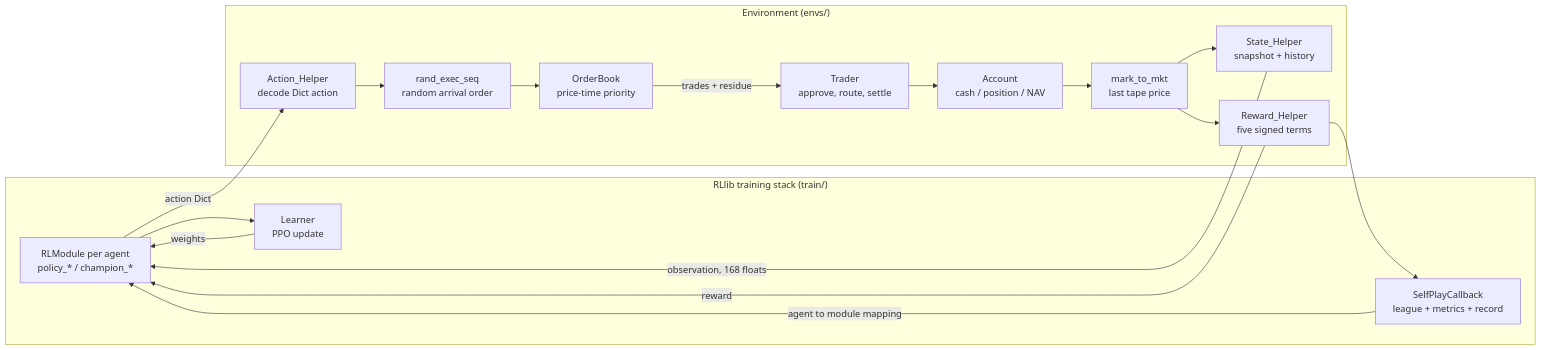
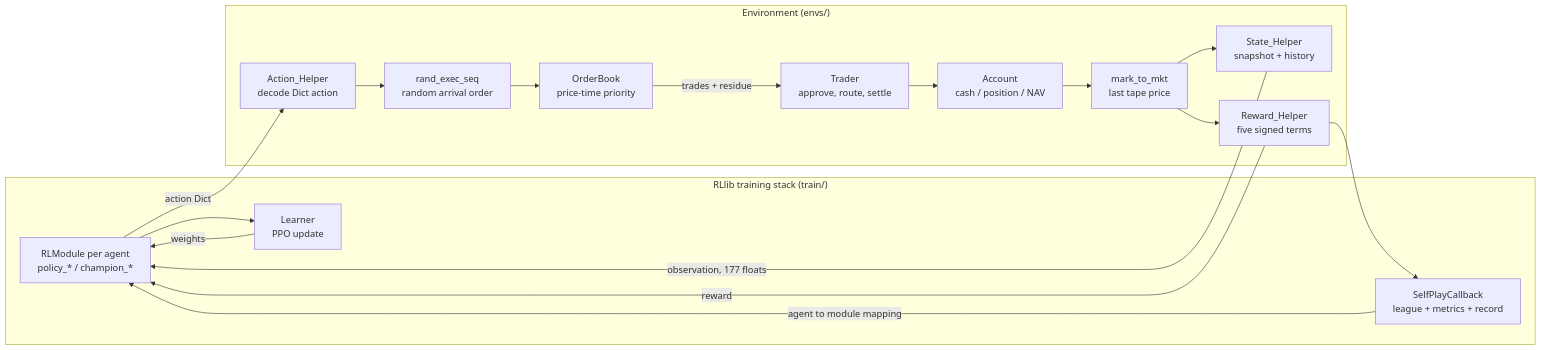
The first of 2 diagrams in README.md (ChuaCheowHuan/gym-continuousDoubleAuction), drawn with Mermaid before and after one commit. The commit also changed 27 other files, not shown here.

````diff
--- a/README.md
+++ b/README.md
@@ -16,33 +16,33 @@
 ```mermaid
 flowchart LR
     subgraph RL["RLlib training stack (train/)"]
         POL["RLModule per agent<br/>policy_* / champion_*"]
         LRN["Learner<br/>PPO update"]
         CB["SelfPlayCallback<br/>league + metrics + record"]
     end
 
     subgraph ENV["Environment (envs/)"]
         ACT["Action_Helper<br/>decode Dict action"]
         SHUF["rand_exec_seq<br/>random arrival order"]
         LOB["OrderBook<br/>price-time priority"]
         TRD["Trader<br/>approve, route, settle"]
         ACC["Account<br/>cash / position / NAV"]
         MTM["mark_to_mkt<br/>last tape price"]
         OBS["State_Helper<br/>snapshot + history"]
         REW["Reward_Helper<br/>five signed terms"]
     end
 
     POL -->|"action Dict"| ACT
     ACT --> SHUF --> LOB
     LOB -->|"trades + residue"| TRD
     TRD --> ACC
     ACC --> MTM
     MTM --> OBS
     MTM --> REW
-    OBS -->|"observation, 168 floats"| POL
+    OBS -->|"observation, 177 floats"| POL
     REW -->|"reward"| POL
     REW --> CB
     CB -->|"agent to module mapping"| POL
     POL --> LRN
     LRN -->|"weights"| POL
 ```
````
